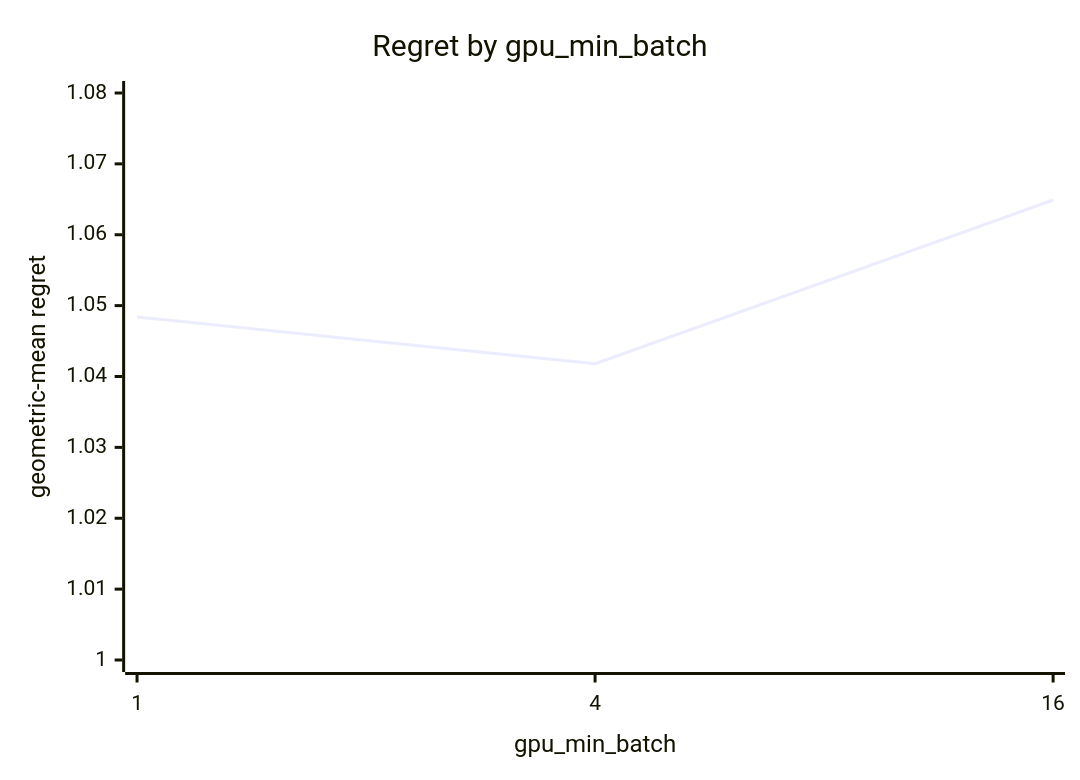
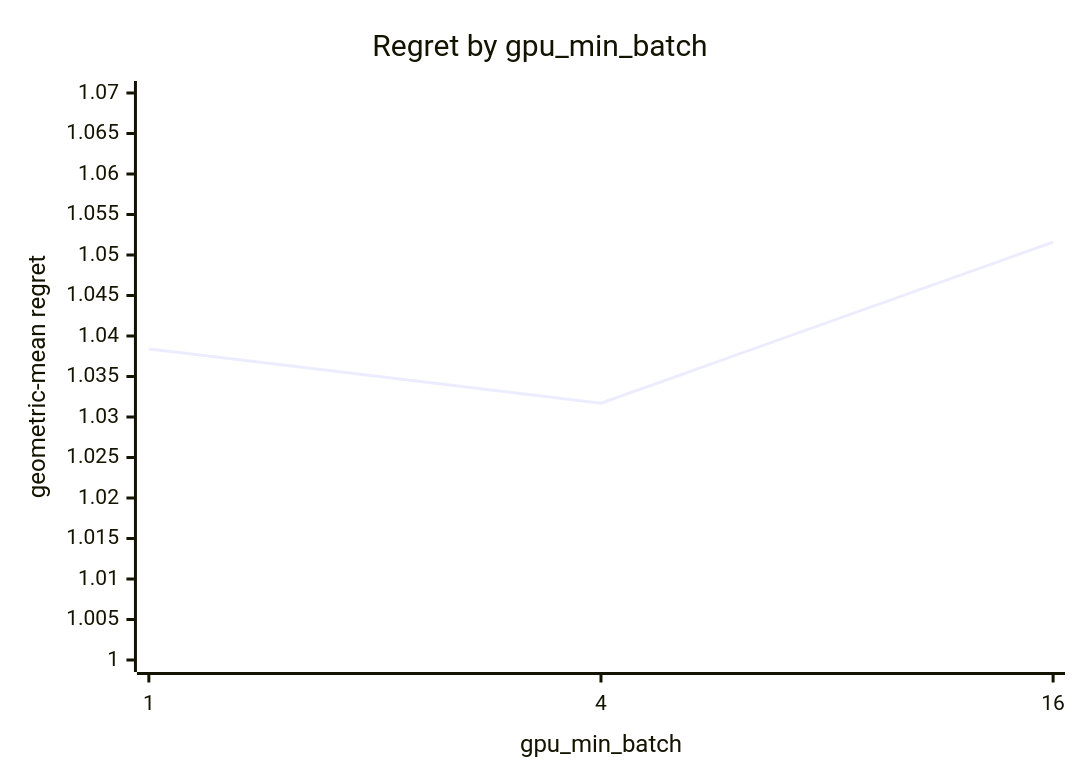
Before and after one commit to c0rmac/metal-linalg: the seventh of 8 diagrams in docs/results/apple-m5-pro-20gpu/combined/svd/report.md, drawn with Mermaid. The commit also changed other lines of this file and 9 other files, not shown here.

````diff
--- a/docs/results/apple-m5-pro-20gpu/combined/svd/report.md
+++ b/docs/results/apple-m5-pro-20gpu/combined/svd/report.md
@@ -241,7 +242,7 @@
 ```mermaid
 xychart-beta
     title "Regret by gpu_min_batch"
     x-axis "gpu_min_batch" [1, 4, 16]
-    y-axis "geometric-mean regret" 1.0 --> 1.08
-    line [1.0484, 1.0418, 1.0649]
+    y-axis "geometric-mean regret" 1.0 --> 1.07
+    line [1.0384, 1.0317, 1.0516]
 ```
````
